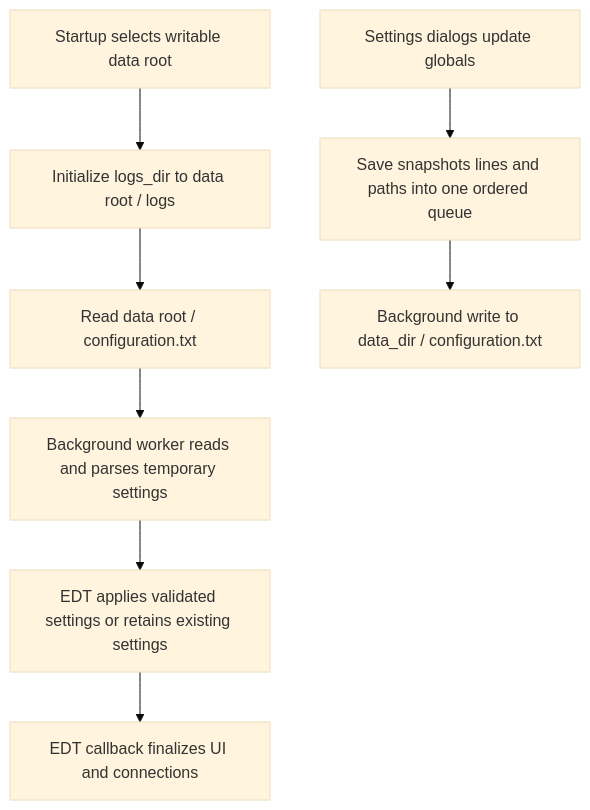
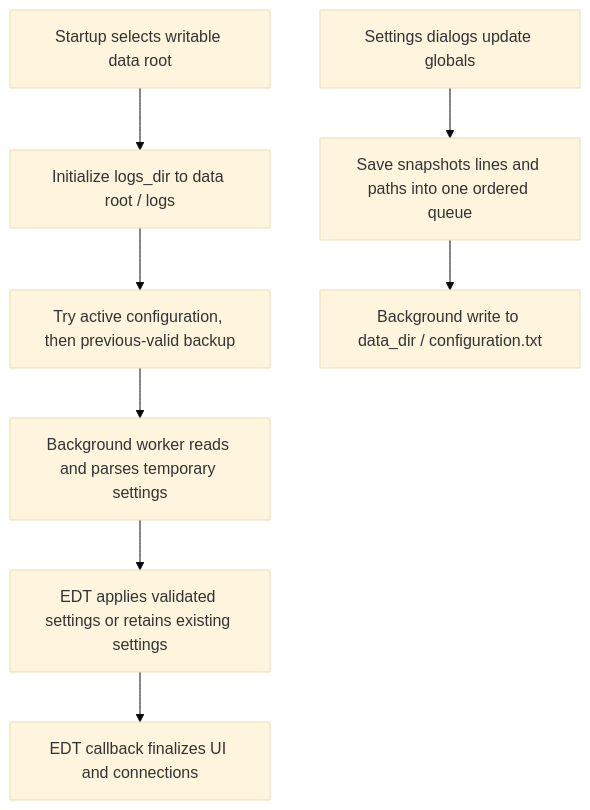
Before and after one commit to DeutscherWetterdienst/turbowin: the diagram in documentation/configuration_persistence.md, drawn with Mermaid (base theme). The commit also changed other lines of this file and 12 other files, not shown here.

Commit message:
Back up previous valid configuration and recover settings on startup

````diff
--- a/documentation/configuration_persistence.md
+++ b/documentation/configuration_persistence.md
@@ -19,10 +19,10 @@
 ```mermaid
 flowchart TD
     A[Startup selects writable data root] --> B[Initialize logs_dir to data root / logs]
-    B --> C[Read data root / configuration.txt]
+    B --> C[Try active configuration, then previous-valid backup]
     C --> D[Background worker reads and parses temporary settings]
     D --> E[EDT applies validated settings or retains existing settings]
     E --> F[EDT callback finalizes UI and connections]
     G[Settings dialogs update globals] --> H[Save snapshots lines and paths into one ordered queue]
     H --> I[Background write to data_dir / configuration.txt]
 ```
````
